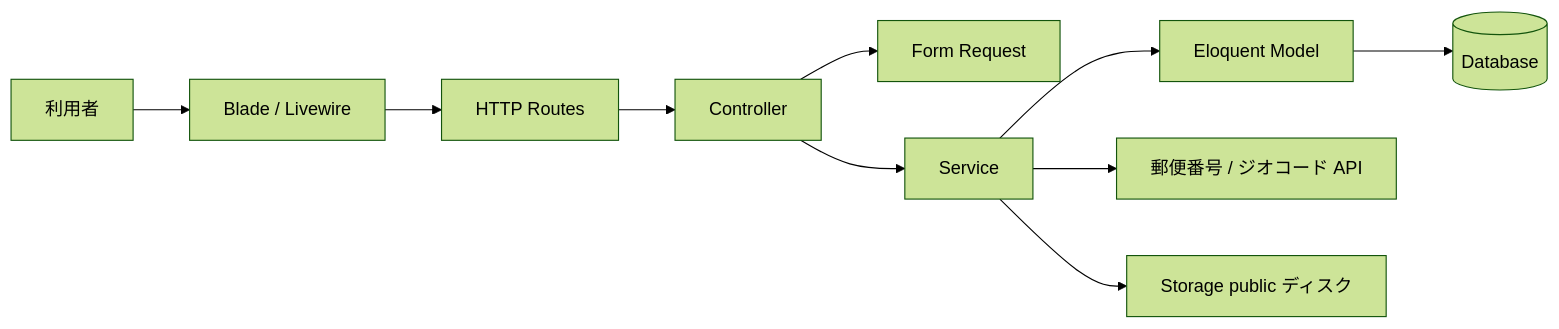
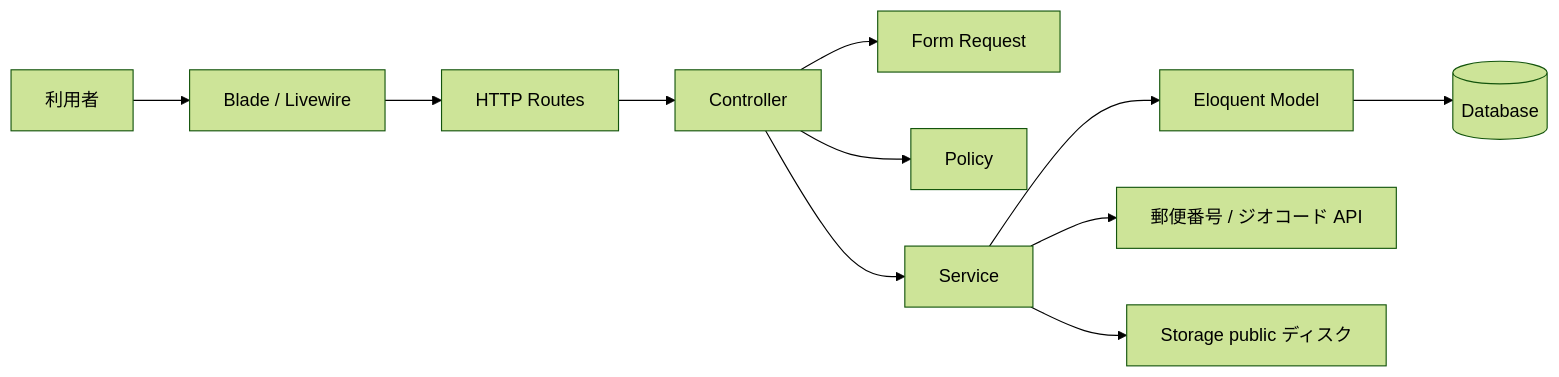
Before and after one commit to ariki41/BikeParking: the first of 2 diagrams in doc/design.md, drawn with Mermaid (forest theme). The commit also changed other lines of this file and 11 other files, not shown here.

````diff
--- a/doc/design.md
+++ b/doc/design.md
@@ -29,12 +29,13 @@
 ```mermaid
 flowchart LR
     U[利用者] --> V[Blade / Livewire]
     V --> R[HTTP Routes]
     R --> C[Controller]
     C --> F[Form Request]
+    C --> P[Policy]
     C --> S[Service]
     S --> M[Eloquent Model]
     M --> D[(Database)]
     S --> G[郵便番号 / ジオコード API]
     S --> FS[Storage public ディスク]
 ```
````
